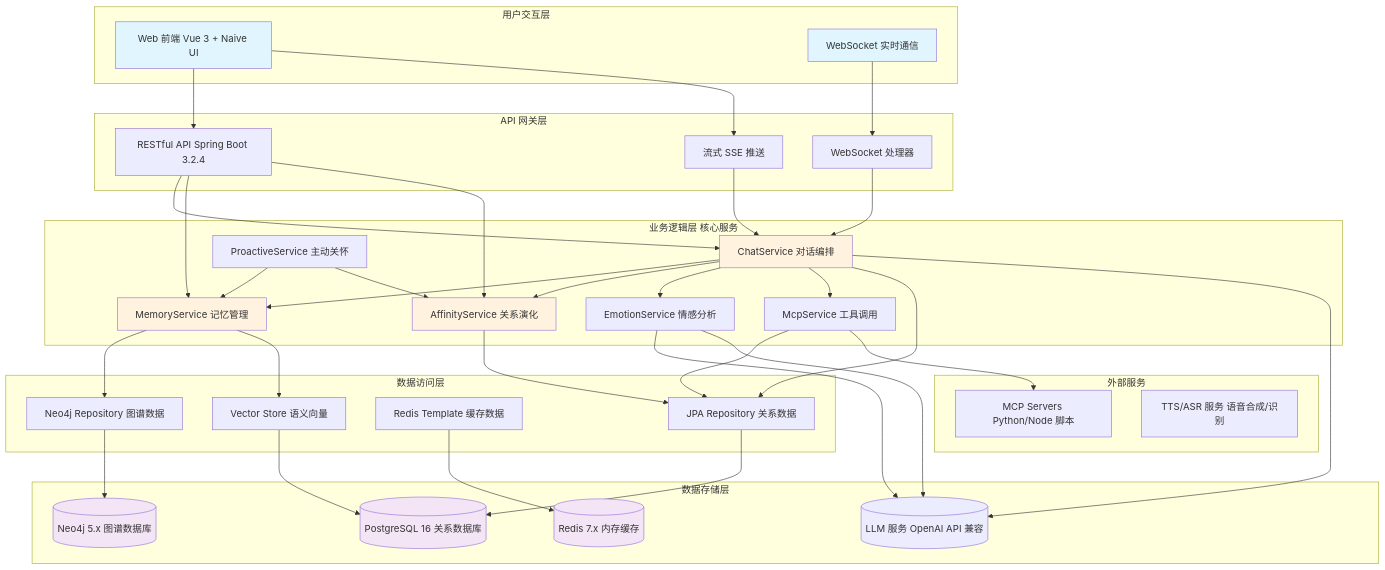
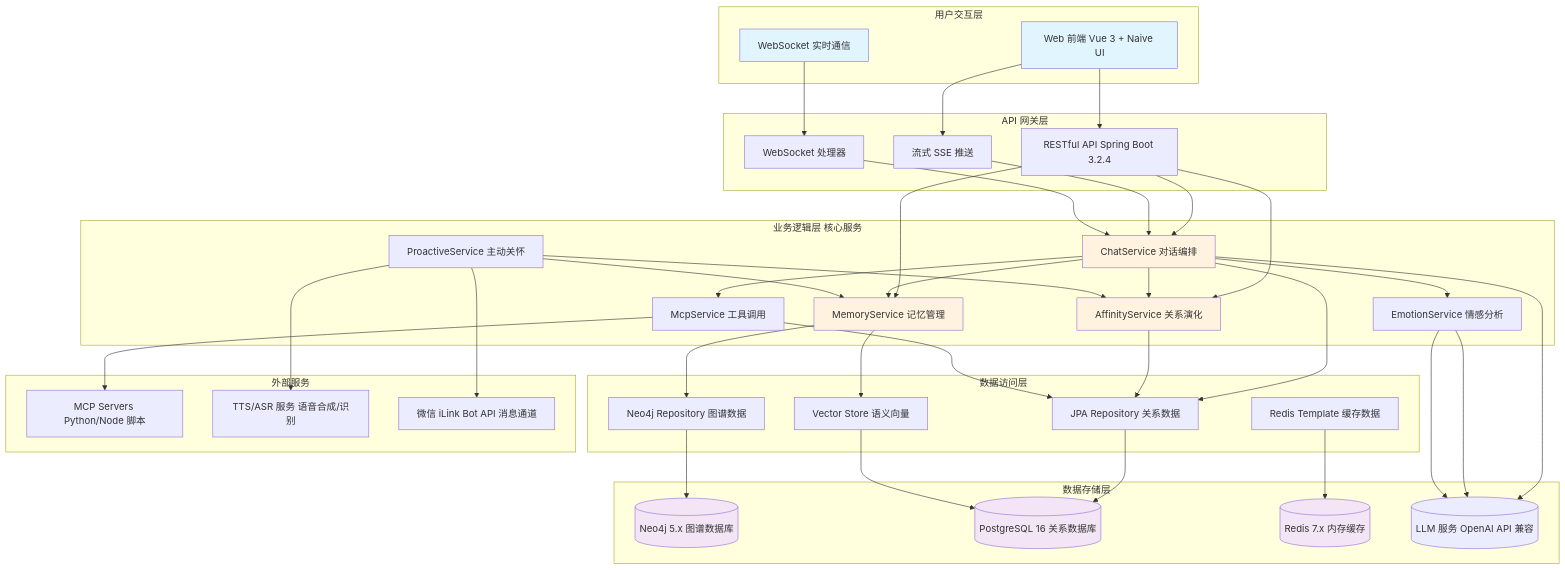
Before and after one commit to SailRuo/LingShu-AI: the first of 27 diagrams in doc/系统架构设计文档.md, drawn with Mermaid. The commit also changed other lines of this file and 2 other files, not shown here.

```diff
--- a/doc/系统架构设计文档.md
+++ b/doc/系统架构设计文档.md
@@ -64,6 +65,7 @@
     subgraph ext[外部服务]
         F1[MCP Servers Python/Node 脚本]
         F2[TTS/ASR 服务 语音合成/识别]
+        F3[微信 iLink Bot API 消息通道]
     end
     
     A1 --> B1
@@ -89,6 +91,8 @@
     C3 --> D2
     C5 --> D2
     C5 --> F1
+    C6 --> F2
+    C6 --> F3
     
     D1 --> E1
     D2 --> E2
```
